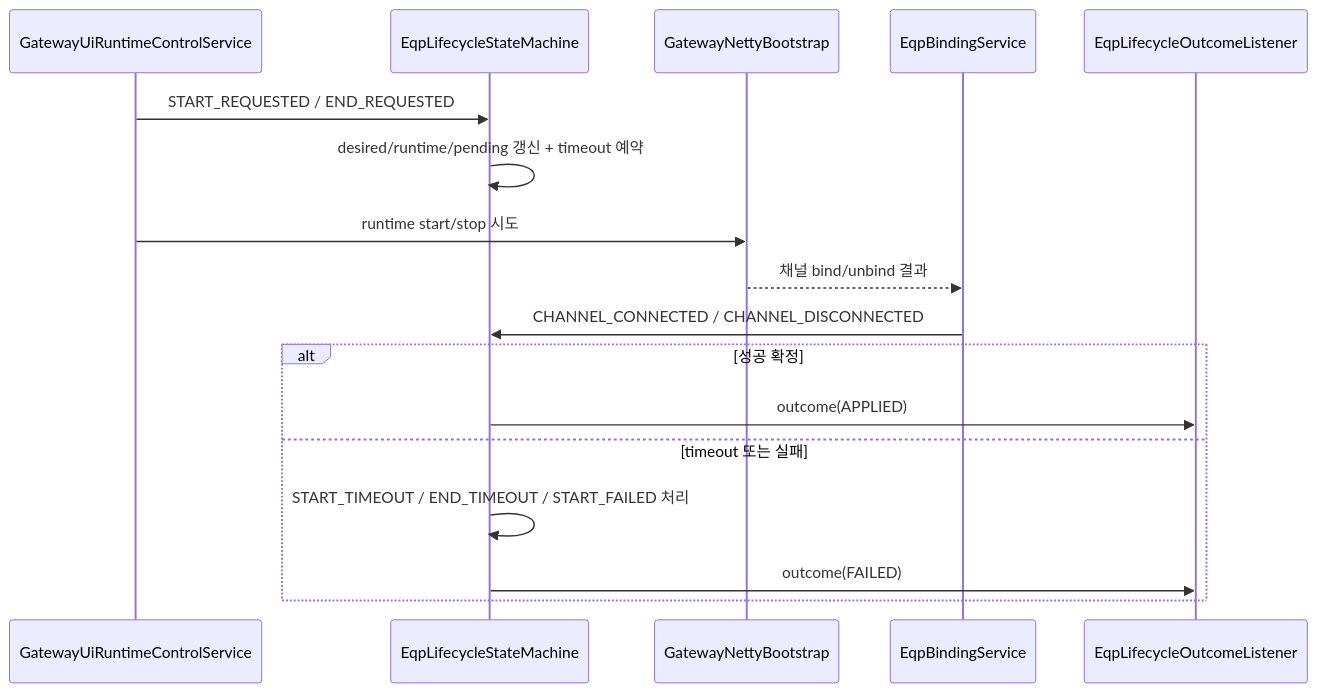
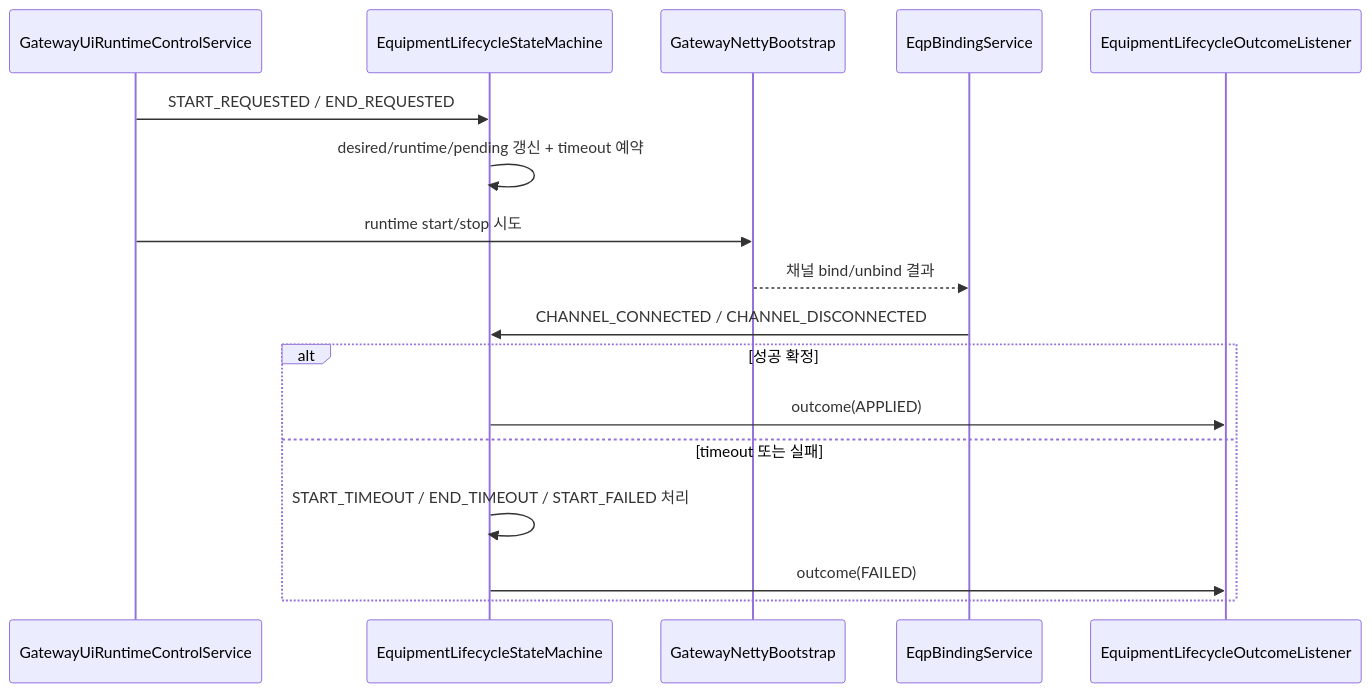
Before and after one commit to ZODOZODO/nori-tc: the diagram in apps/tc-comm-gateway-app/docs/03-lifecycle-state-machine-overview.md, drawn with Mermaid. The commit also changed other lines of this file and 7 other files, not shown here.

````diff
--- a/apps/tc-comm-gateway-app/docs/03-lifecycle-state-machine-overview.md
+++ b/apps/tc-comm-gateway-app/docs/03-lifecycle-state-machine-overview.md
@@ -336,20 +336,20 @@
 ```mermaid
 sequenceDiagram
     participant RC as GatewayUiRuntimeControlService
-    participant SM as EqpLifecycleStateMachine
+    participant SM as EquipmentLifecycleStateMachine
     participant Netty as GatewayNettyBootstrap
     participant Bind as EqpBindingService
-    participant OL as EqpLifecycleOutcomeListener
+    participant OL as EquipmentLifecycleOutcomeListener
 
     RC->>SM: START_REQUESTED / END_REQUESTED
     SM->>SM: desired/runtime/pending 갱신 + timeout 예약
     RC->>Netty: runtime start/stop 시도
     Netty-->>Bind: 채널 bind/unbind 결과
     Bind->>SM: CHANNEL_CONNECTED / CHANNEL_DISCONNECTED
     alt 성공 확정
         SM->>OL: outcome(APPLIED)
     else timeout 또는 실패
         SM->>SM: START_TIMEOUT / END_TIMEOUT / START_FAILED 처리
         SM->>OL: outcome(FAILED)
     end
 ```
````
